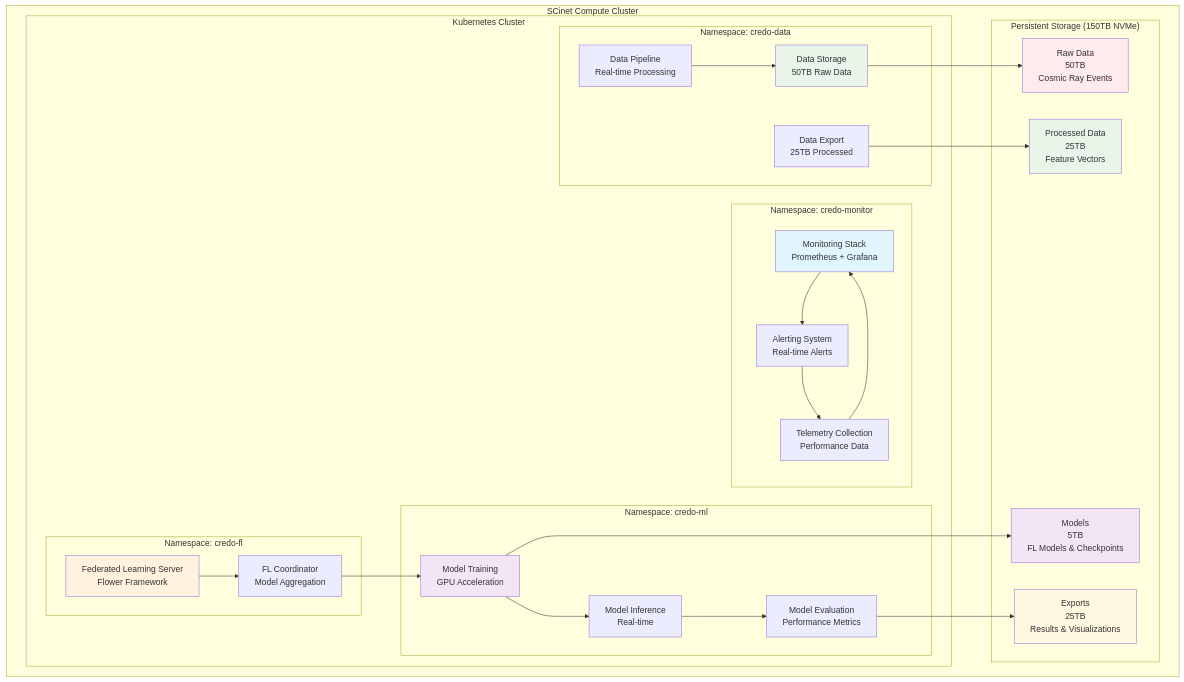
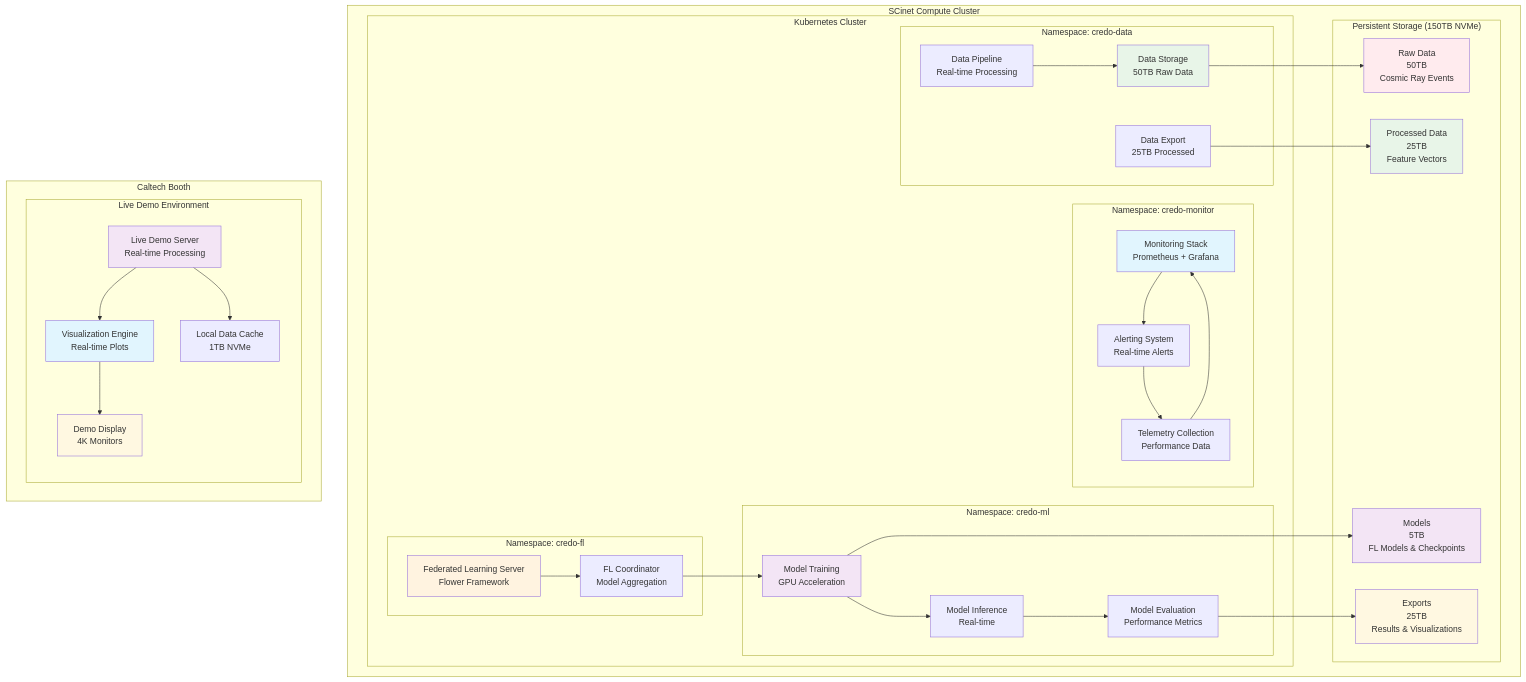
One commit to carlynlee/cosmic-ray-edge-ai changed the second of 2 diagrams in CREDO_Network_Topology.md. Above: the diagram before and after it, drawn with Mermaid. The commit also changed other lines of this file and 2 other files, not shown here.

First line of the commit message:
Update diagrams for consistency and add Caltech booth requirements

````diff
--- a/CREDO_Network_Topology.md
+++ b/CREDO_Network_Topology.md
@@ -169,61 +195,77 @@
 ```mermaid
 graph TB
     subgraph "SCinet Compute Cluster"
         subgraph "Kubernetes Cluster"
             subgraph "Namespace: credo-fl"
                 FL_SERVER[Federated Learning Server<br/>Flower Framework]
                 FL_COORD[FL Coordinator<br/>Model Aggregation]
             end
             
             subgraph "Namespace: credo-data"
                 DATA_PIPE[Data Pipeline<br/>Real-time Processing]
                 DATA_STORE[Data Storage<br/>50TB Raw Data]
                 DATA_EXPORT[Data Export<br/>25TB Processed]
             end
             
             subgraph "Namespace: credo-ml"
                 ML_TRAIN[Model Training<br/>GPU Acceleration]
                 ML_INFER[Model Inference<br/>Real-time]
                 ML_EVAL[Model Evaluation<br/>Performance Metrics]
             end
             
             subgraph "Namespace: credo-monitor"
                 MONITOR[Monitoring Stack<br/>Prometheus + Grafana]
                 ALERTS[Alerting System<br/>Real-time Alerts]
                 TELEMETRY[Telemetry Collection<br/>Performance Data]
             end
         end
         
         subgraph "Persistent Storage (150TB NVMe)"
             RAW[Raw Data<br/>50TB<br/>Cosmic Ray Events]
             PROCESSED[Processed Data<br/>25TB<br/>Feature Vectors]
             MODELS[Models<br/>5TB<br/>FL Models & Checkpoints]
             EXPORTS[Exports<br/>25TB<br/>Results & Visualizations]
         end
     end
     
+    subgraph "Caltech Booth"
+        subgraph "Live Demo Environment"
+            BOOTH_DEMO[Live Demo Server<br/>Real-time Processing]
+            BOOTH_VIZ[Visualization Engine<br/>Real-time Plots]
+            BOOTH_DATA[Local Data Cache<br/>1TB NVMe]
+            BOOTH_DISPLAY[Demo Display<br/>4K Monitors]
+        end
+    end
+    
     FL_SERVER --> FL_COORD
     FL_COORD --> ML_TRAIN
     ML_TRAIN --> ML_INFER
     ML_INFER --> ML_EVAL
     
     DATA_PIPE --> DATA_STORE
     DATA_STORE --> RAW
     DATA_EXPORT --> PROCESSED
     
     ML_TRAIN --> MODELS
     ML_EVAL --> EXPORTS
     
     MONITOR --> ALERTS
     ALERTS --> TELEMETRY
     TELEMETRY --> MONITOR
     
+    BOOTH_DEMO --> BOOTH_VIZ
+    BOOTH_VIZ --> BOOTH_DISPLAY
+    BOOTH_DEMO --> BOOTH_DATA
+    
     style FL_SERVER fill:#fff3e0
     style ML_TRAIN fill:#f3e5f5
     style DATA_STORE fill:#e8f5e8
     style MONITOR fill:#e1f5fe
     style RAW fill:#ffebee
     style PROCESSED fill:#e8f5e8
     style MODELS fill:#f3e5f5
     style EXPORTS fill:#fff8e1
+    style BOOTH_DEMO fill:#f3e5f5
+    style BOOTH_VIZ fill:#e1f5fe
+    style BOOTH_DISPLAY fill:#fff8e1
 ```
````
